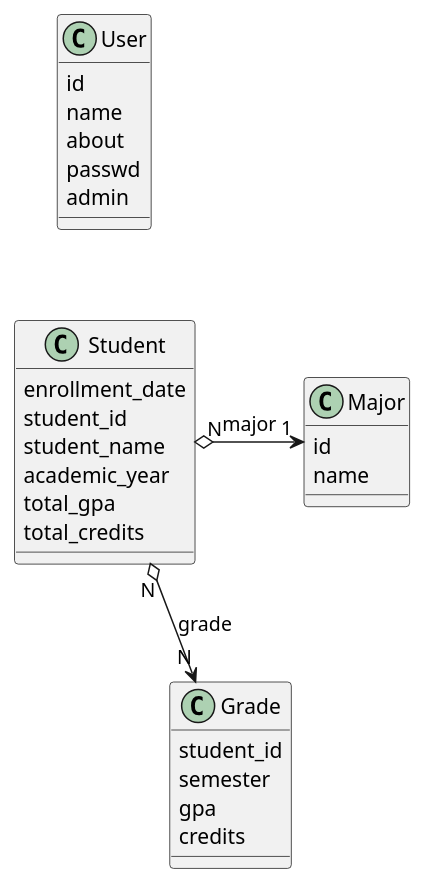
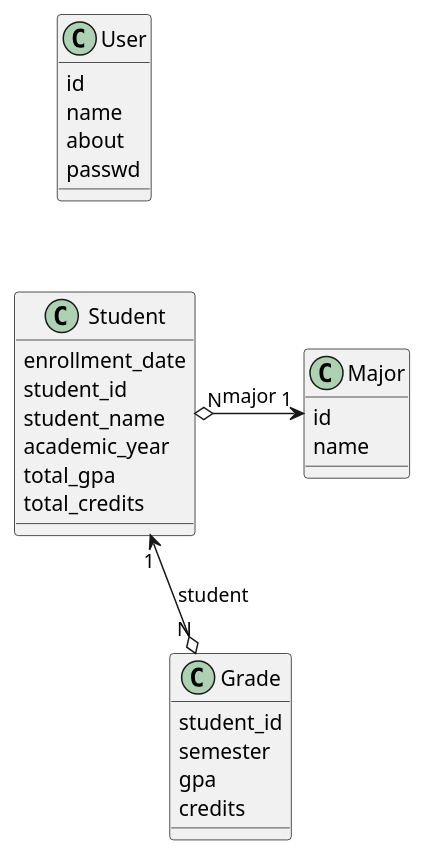
Before and after one commit to msu-denver/project-3-student-management-blueteam: the diagram in uml/class.wsd, drawn with PlantUML. The commit also changed 635 other files, not shown here.

```diff
--- a/uml/class.wsd
+++ b/uml/class.wsd
@@ -1,39 +1,38 @@
 @startuml Class Diagram
 
 class User {
     id
     name
     about
     passwd
-    admin 
 }
 
 class Major { 
     id
     name
 }
 
 class Student {
     enrollment_date 
     student_id 
     student_name
     academic_year
     total_gpa
     total_credits
 }
 
 class Grade {
     student_id
     semester
     gpa
     credits
 }
 
 User -[hidden]-> Student
 Student -[hidden]-> Major
 Major -[hidden]-> Grade
 
 Student "N" o-> "1" Major: major
-Student "N" o-> "N" Grade: grade
+Grade "N" o--> "1" Student: student
 
 @enduml
```
